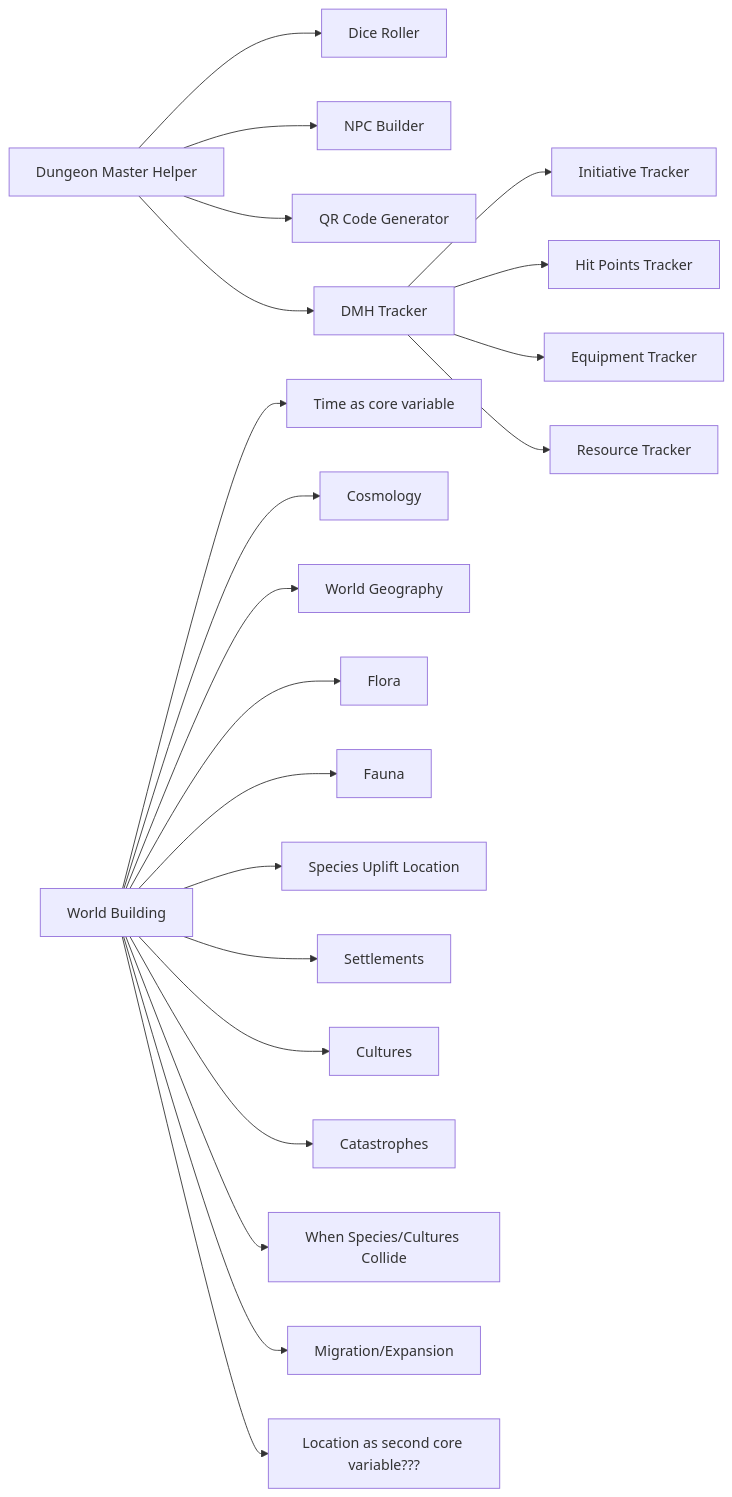
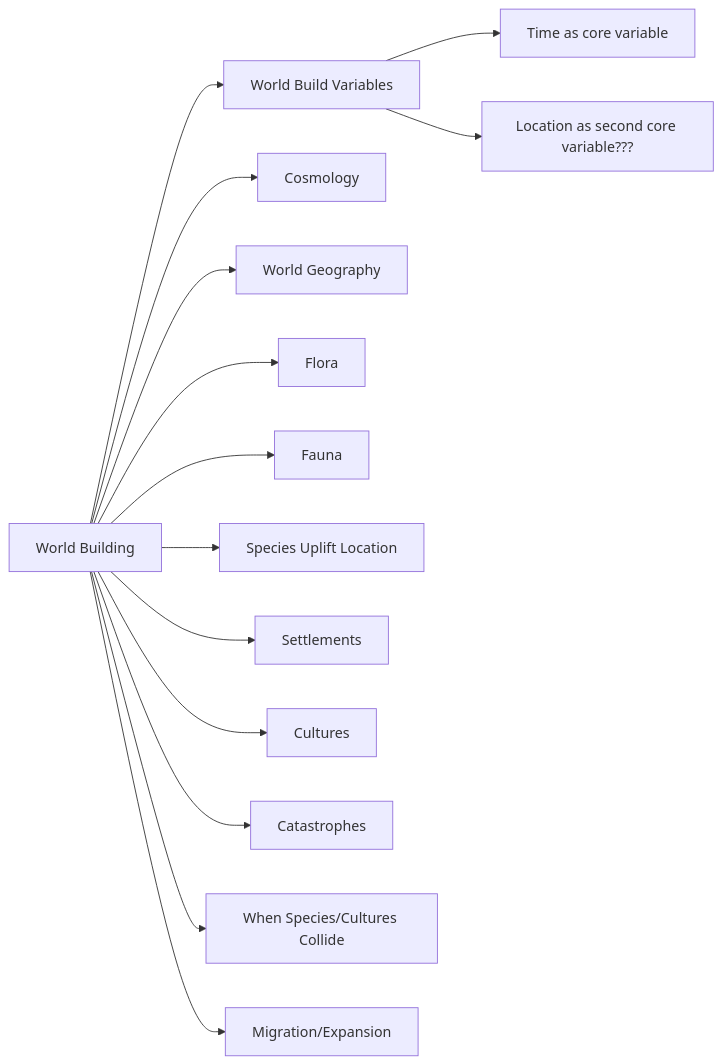
The second of 2 diagrams in docs/blog/posts/240311.md (Half-Guinea-Press/thistle_octopus), drawn with Mermaid before and after one commit.

````diff
--- a/docs/blog/posts/240311.md
+++ b/docs/blog/posts/240311.md
@@ -9,25 +23,18 @@
 ``` mermaid
 graph LR
 
-  DMH[Dungeon Master Helper] --> DMH1[Dice Roller]
-  DMH --> DMH2[NPC Builder]
-  DMH --> DMH3[QR Code Generator]
-  DMH --> DMHT[DMH Tracker]
-  DMHT --> DMHT1[Initiative Tracker]
-  DMHT --> DMHT2[Hit Points Tracker]
-  DMHT --> DMT3[Equipment Tracker]
-  DMHT --> DMHT4[Resource Tracker]
-  WB[World Building] --> WB1[Time as core variable]
-  WB[World Building] --> WB2[Cosmology]
-  WB[World Building] --> WB3[World Geography]
-  WB[World Building] --> WB4[Flora]
-  WB[World Building] --> WB5[Fauna]
-  WB[World Building] --> WB6[Species Uplift Location]
-  WB[World Building] --> WB7[Settlements]
-  WB[World Building] --> WB8[Cultures]
-  WB[World Building] --> WB9[Catastrophes]
-  WB[World Building] --> WB10[When Species/Cultures Collide]
-  WB[World Building] --> WB11[Migration/Expansion]
-  WB[World Building] --> WB12[Location as second core variable???]
+  WB[World Building] --> WBV[World Build Variables]
+  WBV --> WBV1[Time as core variable]
+  WBV --> WBV2[Location as second core variable???]
+  WB[World Building] --> WB1[Cosmology]
+  WB[World Building] --> WB2[World Geography]
+  WB[World Building] --> WB3[Flora]
+  WB[World Building] --> WB4[Fauna]
+  WB[World Building] --> WB5[Species Uplift Location]
+  WB[World Building] --> WB6[Settlements]
+  WB[World Building] --> WB7[Cultures]
+  WB[World Building] --> WB8[Catastrophes]
+  WB[World Building] --> WB9[When Species/Cultures Collide]
+  WB[World Building] --> WB10[Migration/Expansion]
 
 ```
````
